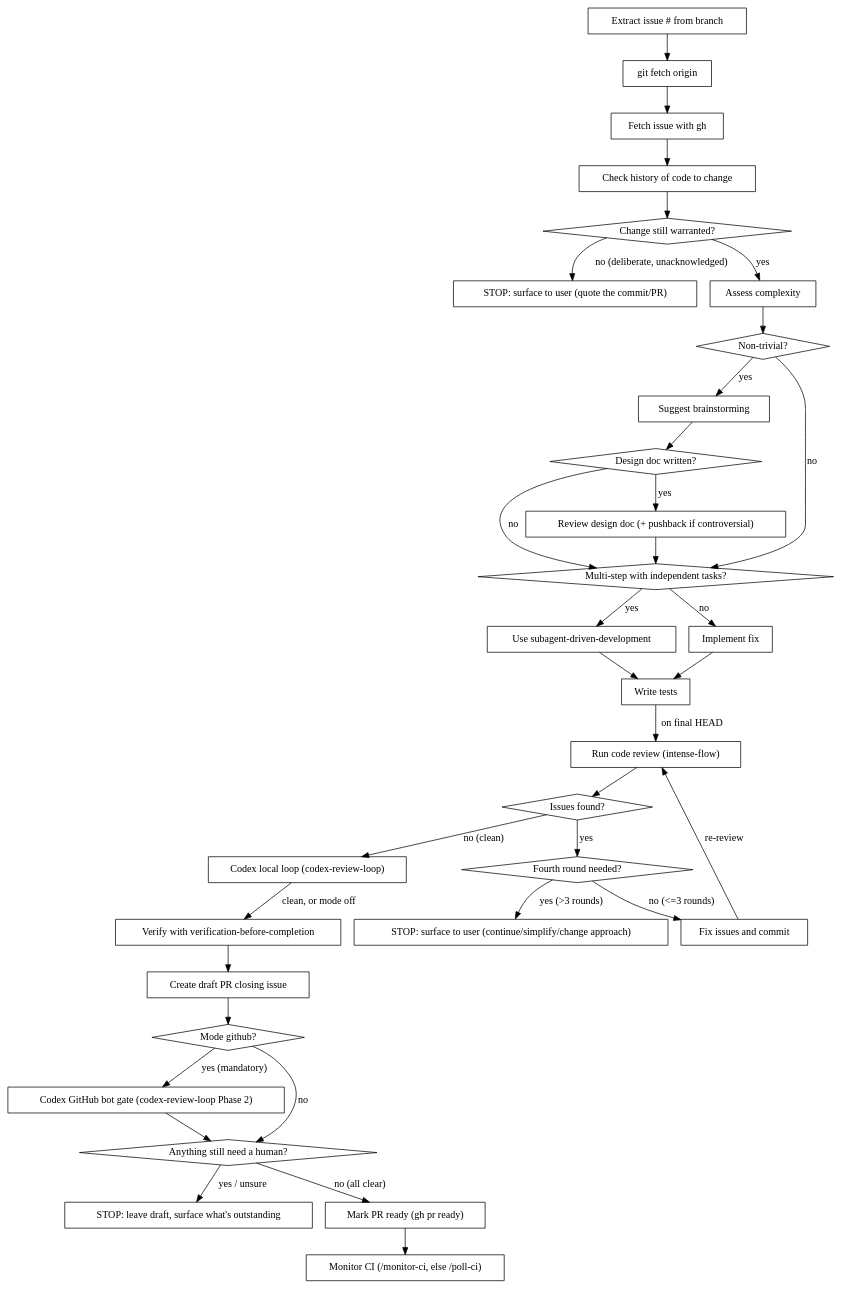
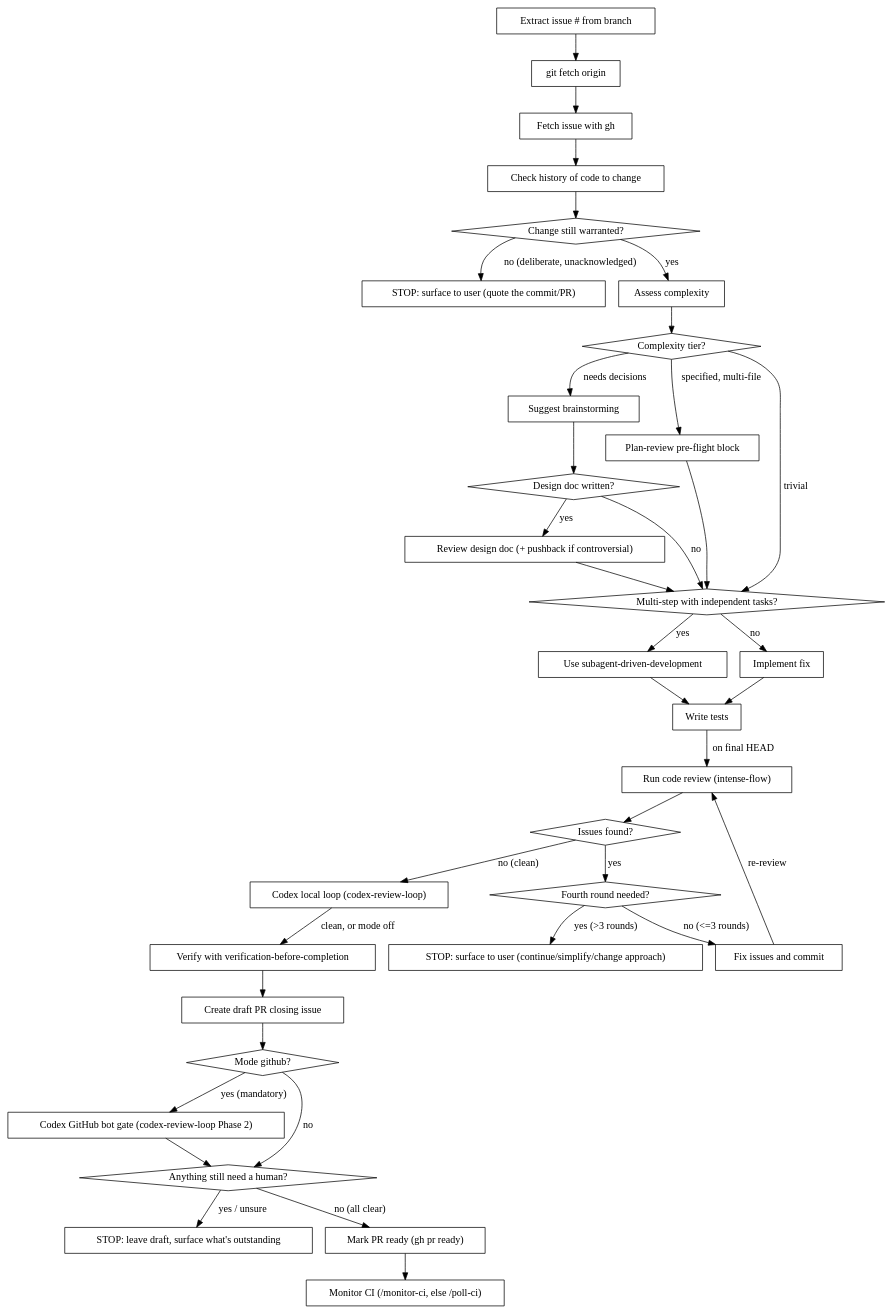
The diagram in commands/fix-gh-issue.md (oalders/kitchen-sink), drawn with Graphviz before and after one commit. The commit also changed other lines of this file and 3 other files, not shown here.

First line of the commit message:
fix-gh-issue: sweep for stale claims and plan-review specified multi-file issues (v2.41.0)

````diff
--- a/commands/fix-gh-issue.md
+++ b/commands/fix-gh-issue.md
@@ -65,67 +66,70 @@
 ```dot
 digraph fix_issue {
     "Extract issue # from branch" [shape=box];
     "git fetch origin" [shape=box];
     "Fetch issue with gh" [shape=box];
     "Check history of code to change" [shape=box];
     "Change still warranted?" [shape=diamond];
     "STOP: surface to user (quote the commit/PR)" [shape=box];
     "Assess complexity" [shape=box];
-    "Non-trivial?" [shape=diamond];
+    "Complexity tier?" [shape=diamond];
     "Suggest brainstorming" [shape=box];
     "Design doc written?" [shape=diamond];
     "Review design doc (+ pushback if controversial)" [shape=box];
+    "Plan-review pre-flight block" [shape=box];
     "Multi-step with independent tasks?" [shape=diamond];
     "Use subagent-driven-development" [shape=box];
     "Implement fix" [shape=box];
     "Write tests" [shape=box];
     "Run code review (intense-flow)" [shape=box];
     "Issues found?" [shape=diamond];
     "Fourth round needed?" [shape=diamond];
     "STOP: surface to user (continue/simplify/change approach)" [shape=box];
     "Fix issues and commit" [shape=box];
     "Codex local loop (codex-review-loop)" [shape=box];
     "Verify with verification-before-completion" [shape=box];
     "Create draft PR closing issue" [shape=box];
     "Mode github?" [shape=diamond];
     "Codex GitHub bot gate (codex-review-loop Phase 2)" [shape=box];
     "Anything still need a human?" [shape=diamond];
     "STOP: leave draft, surface what's outstanding" [shape=box];
     "Mark PR ready (gh pr ready)" [shape=box];
     "Monitor CI (/monitor-ci, else /poll-ci)" [shape=box];
 
     "Extract issue # from branch" -> "git fetch origin";
     "git fetch origin" -> "Fetch issue with gh";
     "Fetch issue with gh" -> "Check history of code to change";
     "Check history of code to change" -> "Change still warranted?";
     "Change still warranted?" -> "STOP: surface to user (quote the commit/PR)" [label="no (deliberate, unacknowledged)"];
     "Change still warranted?" -> "Assess complexity" [label="yes"];
-    "Assess complexity" -> "Non-trivial?";
-    "Non-trivial?" -> "Suggest brainstorming" [label="yes"];
-    "Non-trivial?" -> "Multi-step with independent tasks?" [label="no"];
+    "Assess complexity" -> "Complexity tier?";
+    "Complexity tier?" -> "Suggest brainstorming" [label="needs decisions"];
+    "Complexity tier?" -> "Plan-review pre-flight block" [label="specified, multi-file"];
+    "Complexity tier?" -> "Multi-step with independent tasks?" [label="trivial"];
+    "Plan-review pre-flight block" -> "Multi-step with independent tasks?";
     "Suggest brainstorming" -> "Design doc written?";
     "Design doc written?" -> "Review design doc (+ pushback if controversial)" [label="yes"];
     "Design doc written?" -> "Multi-step with independent tasks?" [label="no"];
     "Review design doc (+ pushback if controversial)" -> "Multi-step with independent tasks?";
     "Multi-step with independent tasks?" -> "Use subagent-driven-development" [label="yes"];
     "Multi-step with independent tasks?" -> "Implement fix" [label="no"];
     "Use subagent-driven-development" -> "Write tests";
     "Implement fix" -> "Write tests";
     "Write tests" -> "Run code review (intense-flow)" [label="on final HEAD"];
     "Run code review (intense-flow)" -> "Issues found?";
     "Issues found?" -> "Fourth round needed?" [label="yes"];
     "Fourth round needed?" -> "STOP: surface to user (continue/simplify/change approach)" [label="yes (>3 rounds)"];
     "Fourth round needed?" -> "Fix issues and commit" [label="no (<=3 rounds)"];
     "Fix issues and commit" -> "Run code review (intense-flow)" [label="re-review"];
     "Issues found?" -> "Codex local loop (codex-review-loop)" [label="no (clean)"];
     "Codex local loop (codex-review-loop)" -> "Verify with verification-before-completion" [label="clean, or mode off"];
     "Verify with verification-before-completion" -> "Create draft PR closing issue";
     "Create draft PR closing issue" -> "Mode github?";
     "Mode github?" -> "Codex GitHub bot gate (codex-review-loop Phase 2)" [label="yes (mandatory)"];
     "Mode github?" -> "Anything still need a human?" [label="no"];
     "Codex GitHub bot gate (codex-review-loop Phase 2)" -> "Anything still need a human?";
     "Anything still need a human?" -> "STOP: leave draft, surface what's outstanding" [label="yes / unsure"];
     "Anything still need a human?" -> "Mark PR ready (gh pr ready)" [label="no (all clear)"];
     "Mark PR ready (gh pr ready)" -> "Monitor CI (/monitor-ci, else /poll-ci)";
 }
 ```
````
